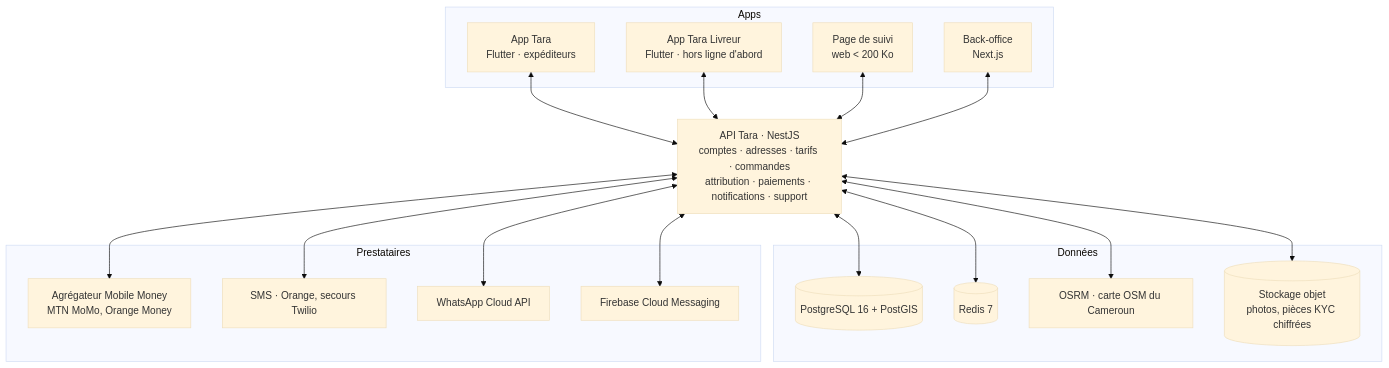
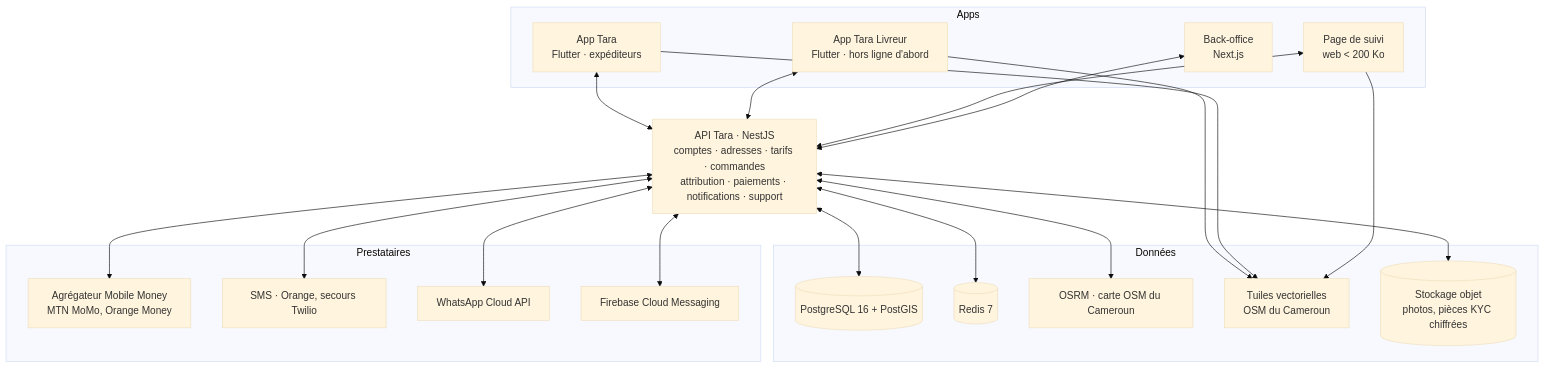
The first of 2 diagrams in docs/ARCHITECTURE.md (ulaihub/tara-platform), drawn with Mermaid (base theme) before and after one commit. The commit also changed other lines of this file and 125 other files, not shown here.

````diff
--- a/docs/ARCHITECTURE.md
+++ b/docs/ARCHITECTURE.md
@@ -7,25 +7,27 @@
 ```mermaid
 flowchart TB
   subgraph Apps
     client[App Tara<br/>Flutter · expéditeurs]
     rider[App Tara Livreur<br/>Flutter · hors ligne d'abord]
     tracking[Page de suivi<br/>web &lt; 200 Ko]
     backoffice[Back-office<br/>Next.js]
   end
   api[API Tara · NestJS<br/>comptes · adresses · tarifs · commandes<br/>attribution · paiements · notifications · support]
   subgraph Données
     pg[(PostgreSQL 16 + PostGIS)]
     redis[(Redis 7)]
     osrm[OSRM · carte OSM du Cameroun]
+    tiles[Tuiles vectorielles<br/>OSM du Cameroun]
     s3[(Stockage objet<br/>photos, pièces KYC chiffrées)]
   end
   subgraph Prestataires
     momo[Agrégateur Mobile Money<br/>MTN MoMo, Orange Money]
     sms[SMS · Orange, secours Twilio]
     wa[WhatsApp Cloud API]
     fcm[Firebase Cloud Messaging]
   end
   client & rider & tracking & backoffice <--> api
   api <--> pg & redis & osrm & s3
+  rider & client & tracking --> tiles
   api <--> momo & sms & wa & fcm
 ```
````
